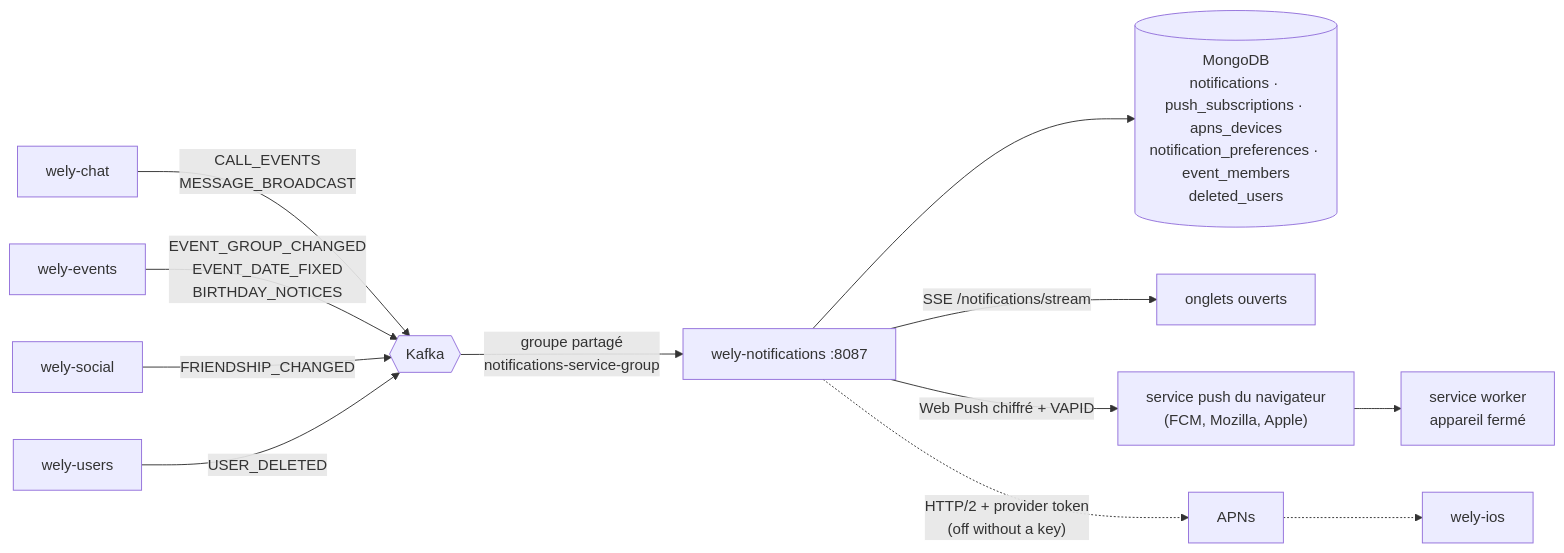
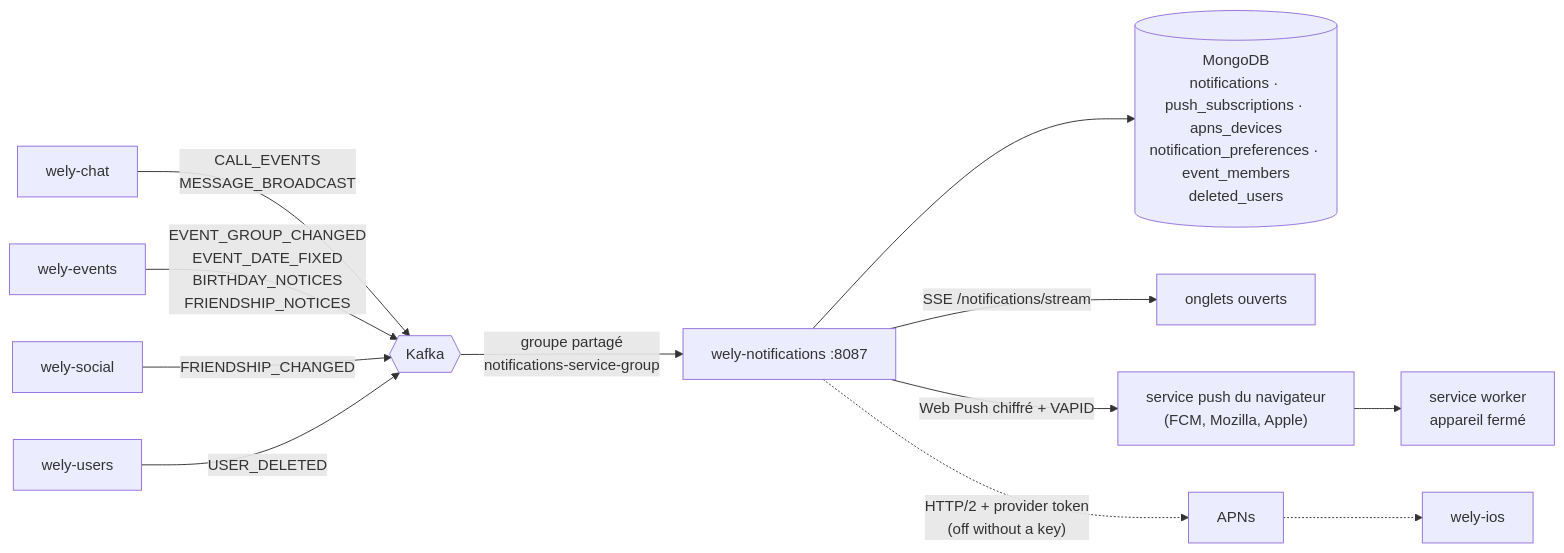
Before and after one commit to WelyLabs/wely-notifications: the diagram in README.md, drawn with Mermaid. The commit also changed other lines of this file and 13 other files, not shown here.

````diff
--- a/README.md
+++ b/README.md
@@ -39,16 +39,16 @@
 ```mermaid
 graph LR
     CHAT["wely-chat"] -->|"CALL_EVENTS<br/>MESSAGE_BROADCAST"| K{{Kafka}}
-    EVT["wely-events"] -->|"EVENT_GROUP_CHANGED<br/>EVENT_DATE_FIXED<br/>BIRTHDAY_NOTICES"| K
+    EVT["wely-events"] -->|"EVENT_GROUP_CHANGED<br/>EVENT_DATE_FIXED<br/>BIRTHDAY_NOTICES<br/>FRIENDSHIP_NOTICES"| K
     SOC["wely-social"] -->|"FRIENDSHIP_CHANGED"| K
     USR["wely-users"] -->|"USER_DELETED"| K
 
     K -->|"groupe partagé<br/>notifications-service-group"| N["wely-notifications :8087"]
 
     N --> DB[("MongoDB<br/>notifications · push_subscriptions · apns_devices<br/>notification_preferences · event_members<br/>deleted_users")]
     N -->|"SSE /notifications/stream"| WEB["onglets ouverts"]
     N -->|"Web Push chiffré + VAPID"| PS["service push du navigateur<br/>(FCM, Mozilla, Apple)"]
     PS --> SW["service worker<br/>appareil fermé"]
     N -.->|"HTTP/2 + provider token<br/>(off without a key)"| APNS["APNs"]
     APNS -.-> IOS["wely-ios"]
 ```
````
